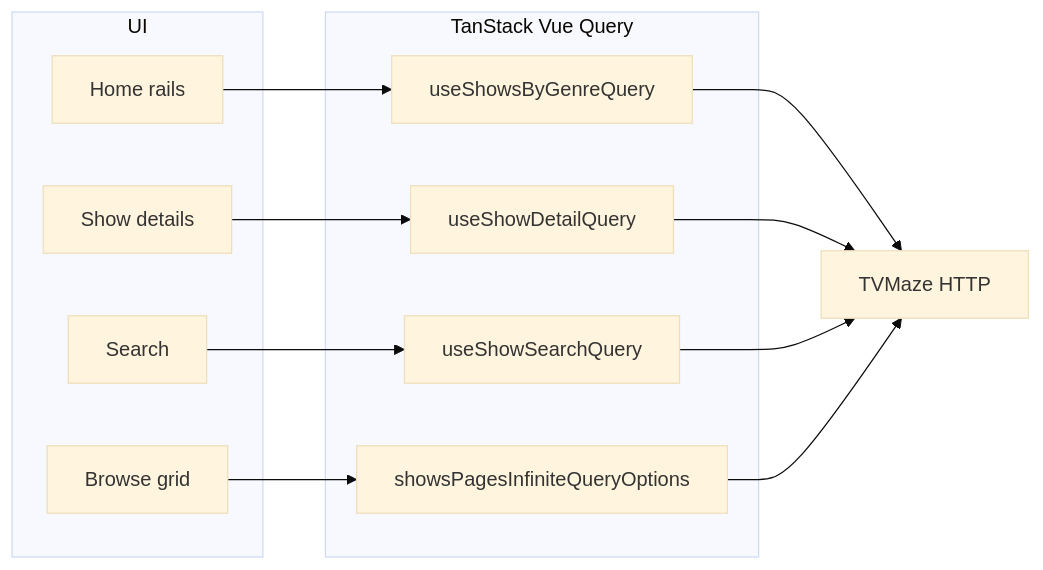
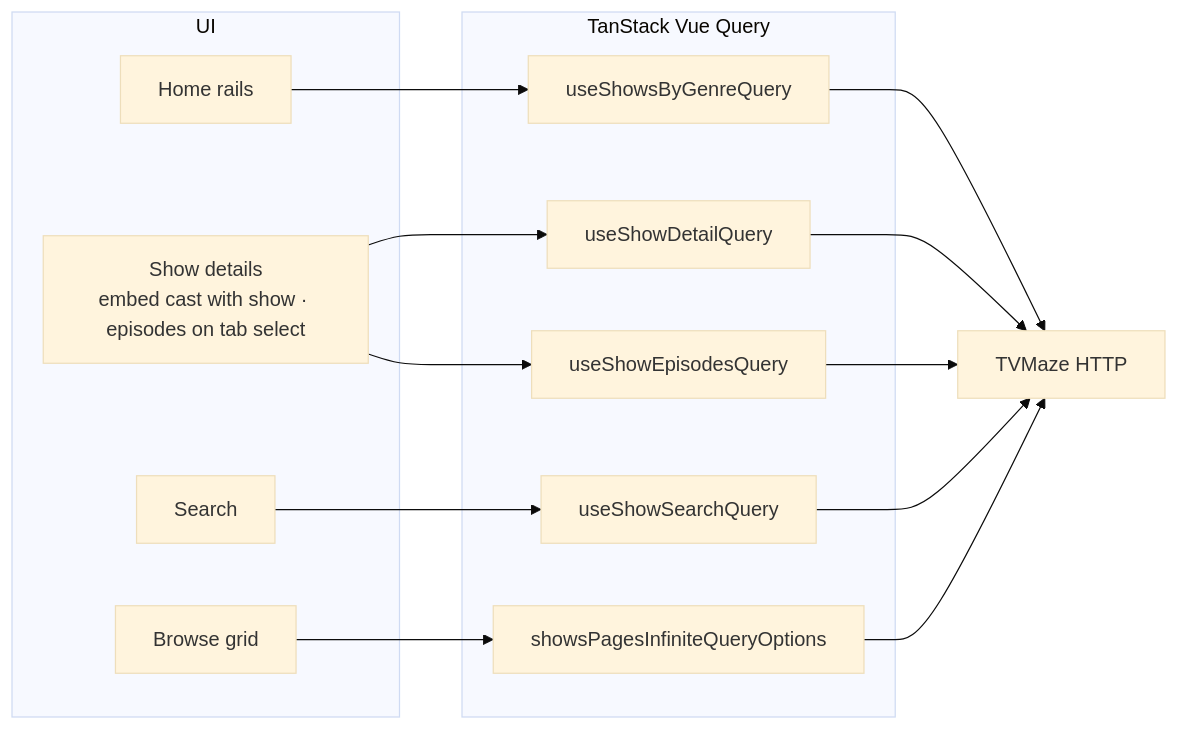
Before and after one commit to Fadi-Rasheed/tv-show-app: the diagram in README.md, drawn with Mermaid (base theme). The commit also changed other lines of this file and 9 other files, not shown here.

````diff
--- a/README.md
+++ b/README.md
@@ -101,24 +111,27 @@
 ```mermaid
 flowchart LR
   subgraph ui [UI]
     Home[Home rails]
-    Details[Show details]
+    Details["Show details<br/>embed cast with show · episodes on tab select"]
     Search[Search]
     Browse[Browse grid]
   end
   subgraph tq [TanStack Vue Query]
     Q1[useShowsByGenreQuery]
     Q2[useShowDetailQuery]
+    Q5[useShowEpisodesQuery]
     Q3[useShowSearchQuery]
     Q4[showsPagesInfiniteQueryOptions]
   end
   API[TVMaze HTTP]
   Home --> Q1
   Details --> Q2
+  Details --> Q5
   Search --> Q3
   Browse --> Q4
   Q1 --> API
   Q2 --> API
+  Q5 --> API
   Q3 --> API
   Q4 --> API
 ```
````
